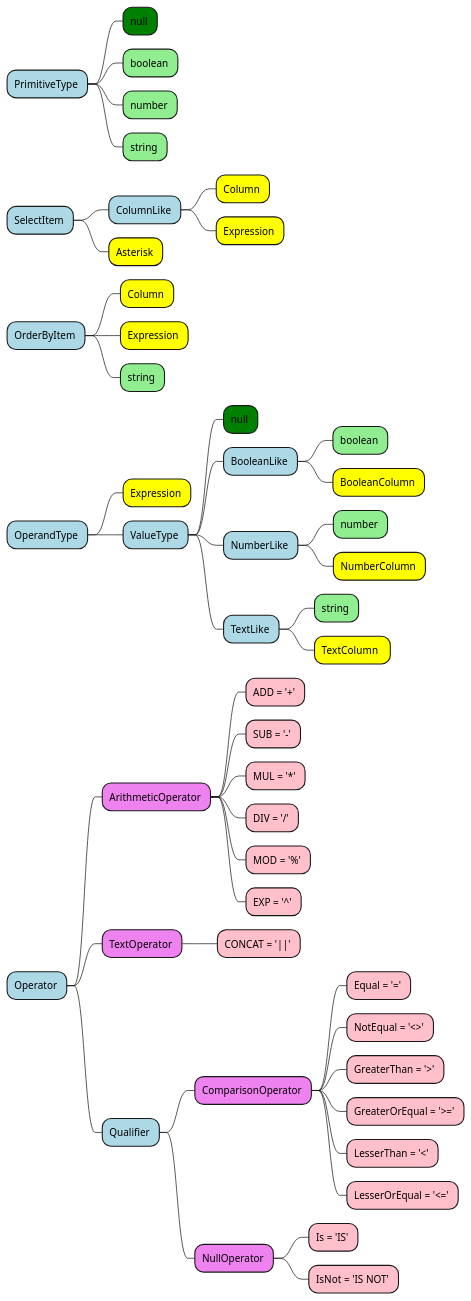
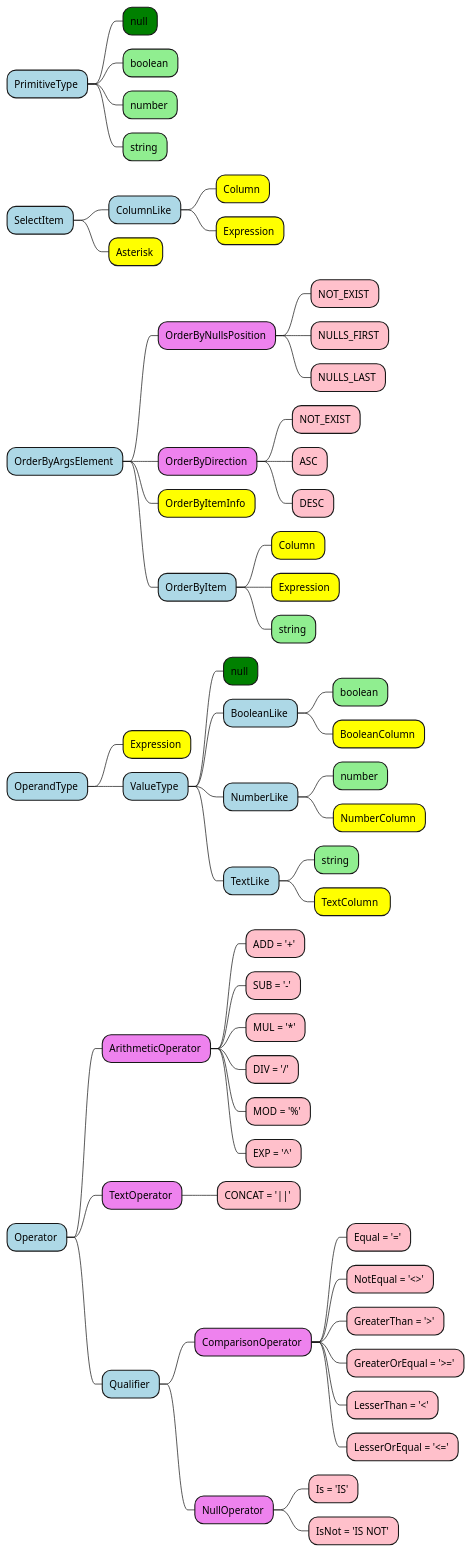
Before and after one commit to amerharb/sedk: the diagram in doc/Types.puml, drawn with PlantUML. The commit also changed 1 other file, not shown here.

Commit message:
add new type OrderByArgsElement

```diff
--- a/doc/Types.puml
+++ b/doc/Types.puml
@@ -1,79 +1,89 @@
 @startmindmap
 
 <style>
 mindmapDiagram {
   .primitive {
     BackgroundColor lightgreen
   }
   .type {
     BackgroundColor #lightblue
   }
   .class {
     BackgroundColor #yellow
   }
   .null {
     BackgroundColor #green
   }
   .enum {
     BackgroundColor #violet
   }
   .enumItem {
     BackgroundColor #pink
   }
 }
 </style>
 
 * PrimitiveType <<type>>
 ** null <<null>>
 ** boolean <<primitive>>
 ** number <<primitive>>
 ** string <<primitive>>
 
 * SelectItem <<type>>
 ** ColumnLike <<type>>
 *** Column <<class>>
 *** Expression <<class>>
 ** Asterisk <<class>>
 
-* OrderByItem <<type>>
-** Column <<class>>
-** Expression <<class>>
-** string <<primitive>>
+* OrderByArgsElement <<type>>
+** OrderByNullsPosition <<enum>>
+*** NOT_EXIST <<enumItem>>
+*** NULLS_FIRST <<enumItem>>
+*** NULLS_LAST <<enumItem>>
+** OrderByDirection <<enum>>
+*** NOT_EXIST <<enumItem>>
+*** ASC <<enumItem>>
+*** DESC <<enumItem>>
+** OrderByItemInfo <<class>>
+** OrderByItem <<type>>
+*** Column <<class>>
+*** Expression <<class>>
+*** string <<primitive>>
 
 * OperandType <<type>>
 ** Expression <<class>>
 ** ValueType <<type>>
 *** null <<null>>
 *** BooleanLike <<type>>
 **** boolean <<primitive>>
 **** BooleanColumn <<class>>
 *** NumberLike <<type>>
 **** number <<primitive>>
 **** NumberColumn <<class>>
 *** TextLike <<type>>
 **** string <<primitive>>
 **** TextColumn  <<class>>
 
 * Operator <<type>>
 ** ArithmeticOperator <<enum>>
 *** ADD = '+' <<enumItem>>
 *** SUB = '-' <<enumItem>>
 *** MUL = '*' <<enumItem>>
 *** DIV = '/' <<enumItem>>
 *** MOD = '%' <<enumItem>>
 *** EXP = '^' <<enumItem>>
 ** TextOperator <<enum>>
 *** CONCAT = '||' <<enumItem>>
 ** Qualifier <<type>>
 *** ComparisonOperator <<enum>>
 **** Equal = '=' <<enumItem>>
 **** NotEqual = '<>' <<enumItem>>
 **** GreaterThan = '>' <<enumItem>>
 **** GreaterOrEqual = '>=' <<enumItem>>
 **** LesserThan = '<' <<enumItem>>
 **** LesserOrEqual = '<=' <<enumItem>>
 *** NullOperator <<enum>>
 **** Is = 'IS' <<enumItem>>
 **** IsNot = 'IS NOT' <<enumItem>>
 
 @endmindmap
```
